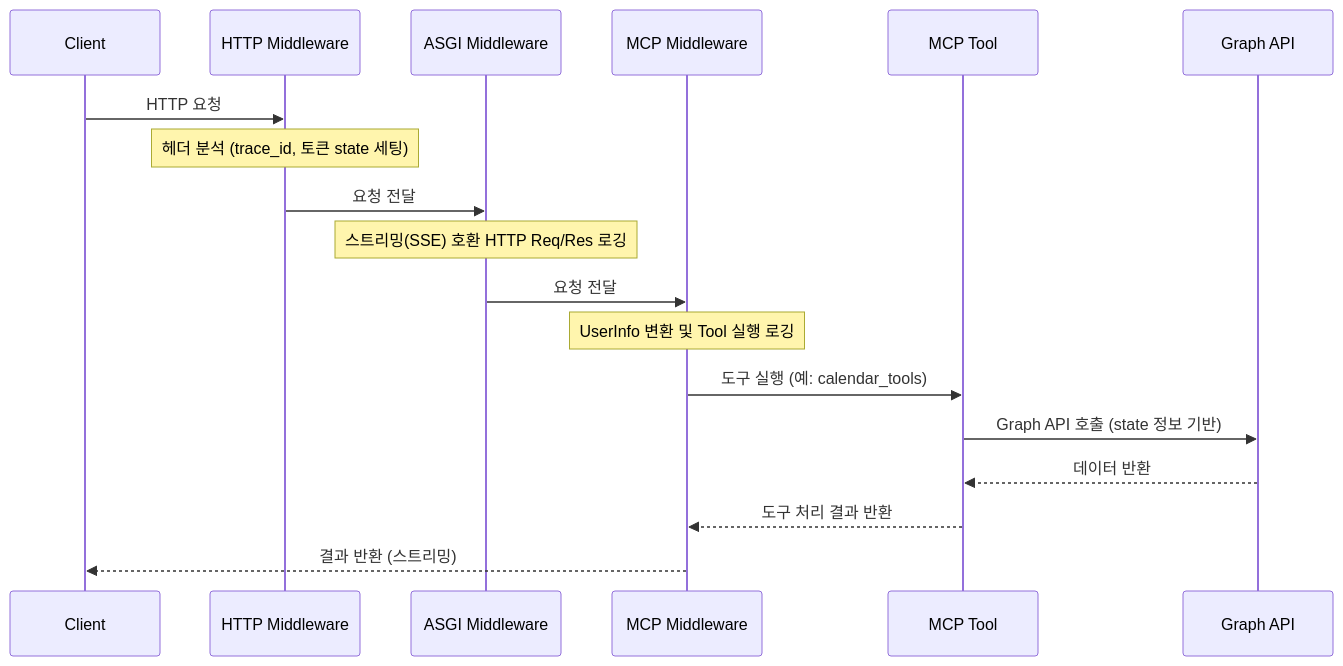
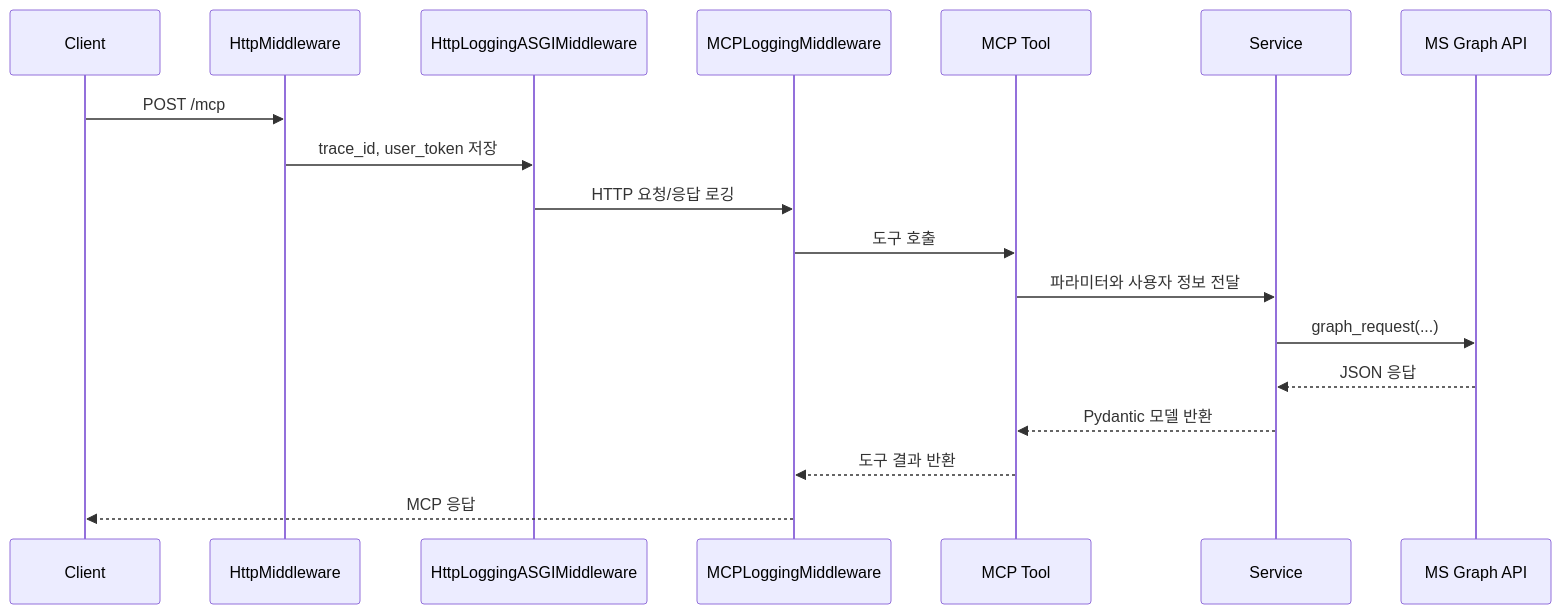
Before and after one commit to leodev901/mcp-sample: the diagram in README.md, drawn with Mermaid. The commit also changed other lines of this file and 23 other files, not shown here.

````diff
--- a/README.md
+++ b/README.md
@@ -17,26 +17,21 @@
 ```mermaid
 sequenceDiagram
     participant Client
-    participant HTTP_MW as HTTP Middleware
-    participant ASGI_MW as ASGI Middleware
-    participant MCP_MW as MCP Middleware
+    participant HTTP as HttpMiddleware
+    participant ASGI as HttpLoggingASGIMiddleware
+    participant MCP as MCPLoggingMiddleware
     participant Tool as MCP Tool
-    participant Graph as Graph API
-    
-    Client->>HTTP_MW: HTTP 요청
-    
-    note over HTTP_MW: 헤더 분석 (trace_id, 토큰 state 세팅)
-    HTTP_MW->>ASGI_MW: 요청 전달
-    
-    note over ASGI_MW: 스트리밍(SSE) 호환 HTTP Req/Res 로깅
-    ASGI_MW->>MCP_MW: 요청 전달
-    
-    note over MCP_MW: UserInfo 변환 및 Tool 실행 로깅
-    MCP_MW->>Tool: 도구 실행 (예: calendar_tools)
-    
-    Tool->>Graph: Graph API 호출 (state 정보 기반)
-    Graph-->>Tool: 데이터 반환
-    
-    Tool-->>MCP_MW: 도구 처리 결과 반환
-    MCP_MW-->>Client: 결과 반환 (스트리밍)
+    participant Service as Service
+    participant Graph as MS Graph API
+
+    Client->>HTTP: POST /mcp
+    HTTP->>ASGI: trace_id, user_token 저장
+    ASGI->>MCP: HTTP 요청/응답 로깅
+    MCP->>Tool: 도구 호출
+    Tool->>Service: 파라미터와 사용자 정보 전달
+    Service->>Graph: graph_request(...)
+    Graph-->>Service: JSON 응답
+    Service-->>Tool: Pydantic 모델 반환
+    Tool-->>MCP: 도구 결과 반환
+    MCP-->>Client: MCP 응답
 ```
````
